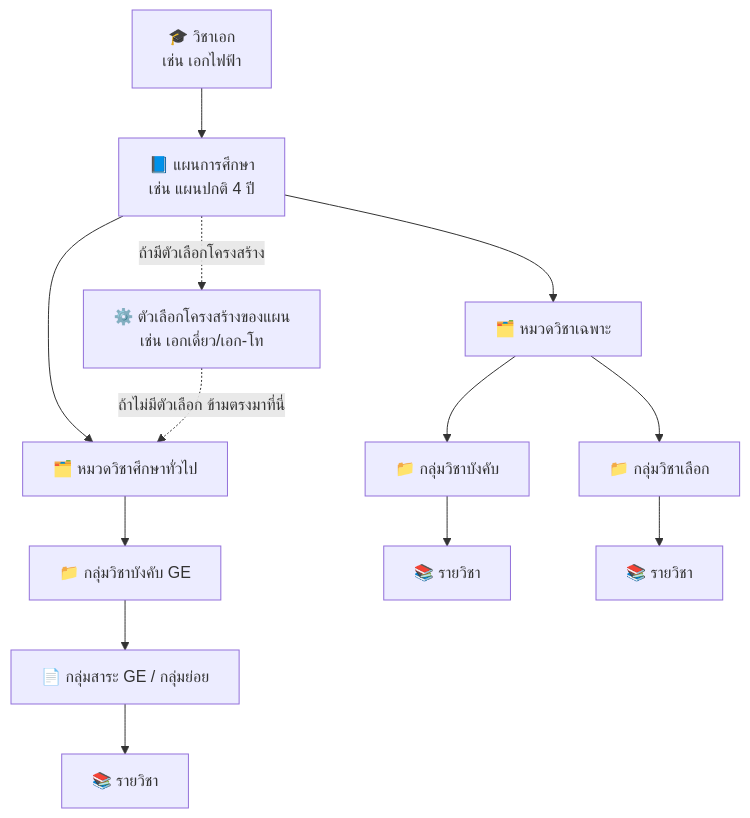
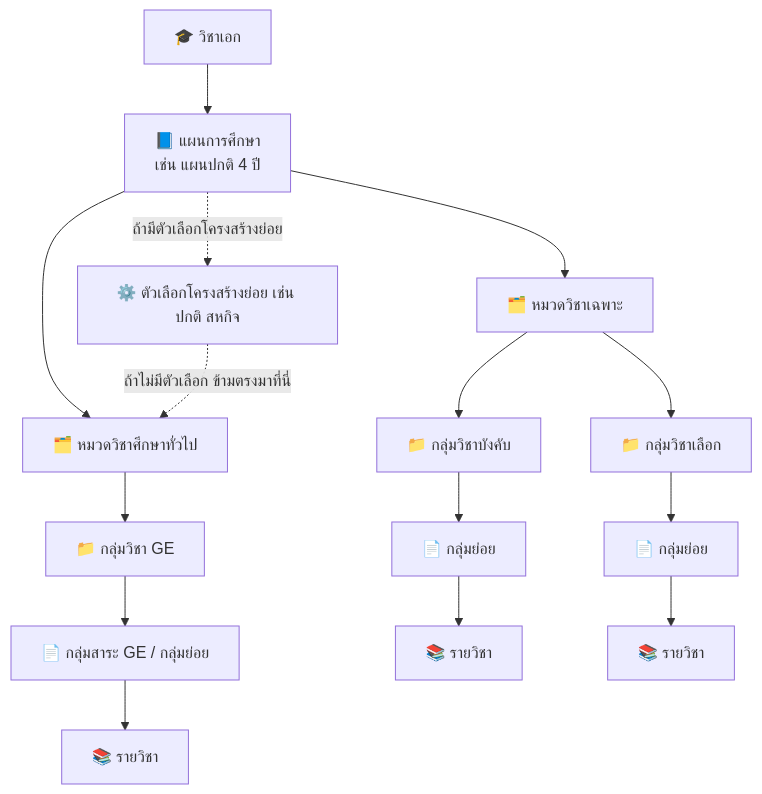
Before and after one commit to kamolchanokc/cms-user-manaul: the first of 2 diagrams in curriculum-structure.md, drawn with Mermaid.

Commit message:
GITBOOK-74: No subject

````diff
--- a/curriculum-structure.md
+++ b/curriculum-structure.md
@@ -42,15 +42,17 @@
 ```mermaid
 flowchart TD
-    A["🎓 วิชาเอก<br/>เช่น เอกไฟฟ้า"] --> B["📘 แผนการศึกษา<br/>เช่น แผนปกติ 4 ปี"]
-    B -.->|"ถ้ามีตัวเลือกโครงสร้าง"| V["⚙️ ตัวเลือกโครงสร้างของแผน<br/>เช่น เอกเดี่ยว/เอก-โท"]
+    A["🎓 วิชาเอก"] --> B["📘 แผนการศึกษา<br/>เช่น แผนปกติ 4 ปี"]
+    B -.->|"ถ้ามีตัวเลือกโครงสร้างย่อย"| V["⚙️ ตัวเลือกโครงสร้างย่อย เช่น ปกติ สหกิจ"]
     B --> C1["🗂️ หมวดวิชาศึกษาทั่วไป"]
     B --> C2["🗂️ หมวดวิชาเฉพาะ"]
     V -.->|"ถ้าไม่มีตัวเลือก ข้ามตรงมาที่นี่"| C1
-    C1 --> D1["📁 กลุ่มวิชาบังคับ GE"]
+    C1 --> D1["📁 กลุ่มวิชา GE"]
     C2 --> D2["📁 กลุ่มวิชาบังคับ"]
     C2 --> D3["📁 กลุ่มวิชาเลือก"]
     D1 --> E1["📄 กลุ่มสาระ GE / กลุ่มย่อย"]
-    D2 --> E2["📚 รายวิชา"]
-    D3 --> E3["📚 รายวิชา"]
+    D2 --> E2["📄 กลุ่มย่อย"]
+    D3 --> E3["📄 กลุ่มย่อย"]
     E1 --> F1["📚 รายวิชา"]
+    E2 --> F2["📚 รายวิชา"]
+    E3 --> F3["📚 รายวิชา"]
 ```
````
